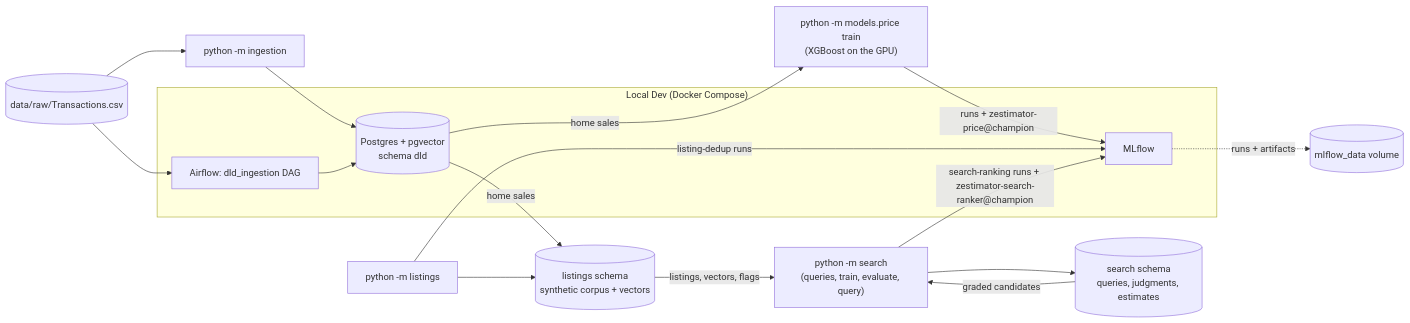
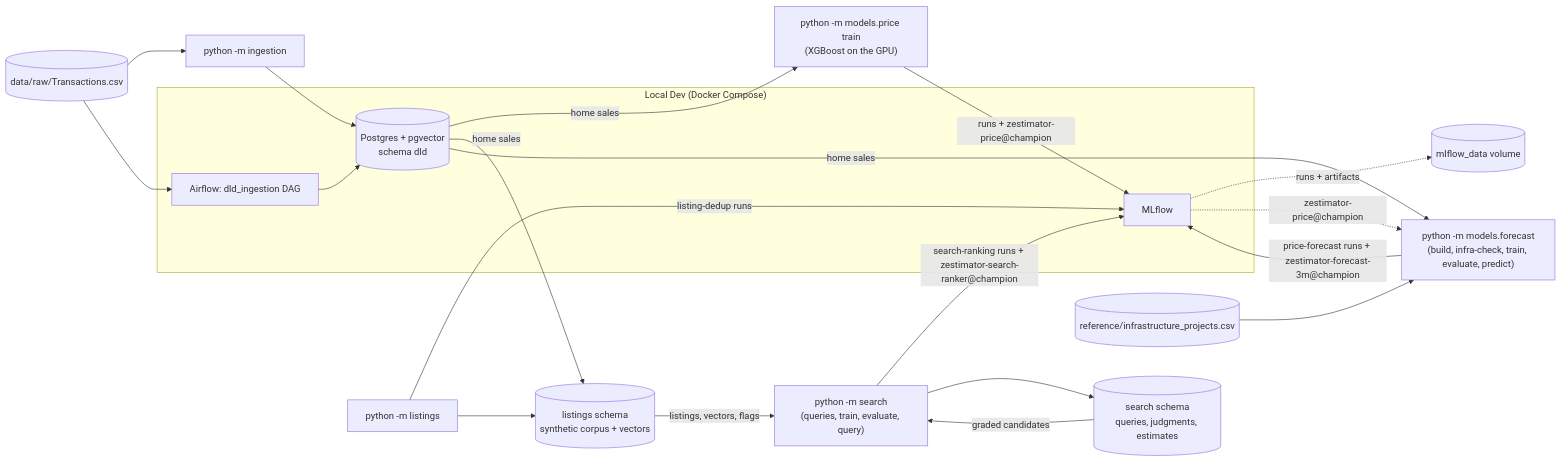
The diagram in README.md (chiragn28/Dubimator), drawn with Mermaid before and after one commit. The commit also changed other lines of this file and 1 other file, not shown here.

First line of the commit message:
docs(forecast): README price-forecasting section and spec amendments

````diff
--- a/README.md
+++ b/README.md
@@ -12,28 +14,34 @@
 ```mermaid
 graph LR
     CSV[("data/raw/Transactions.csv")]
     CLI["python -m ingestion"]
     subgraph "Local Dev (Docker Compose)"
         AF[Airflow: dld_ingestion DAG]
         PG[(Postgres + pgvector<br/>schema dld)]
         ML[MLflow]
     end
     MLRUNS[("mlflow_data volume")]
     CSV --> CLI --> PG
     CSV --> AF --> PG
     ML -.->|"runs + artifacts"| MLRUNS
     TRAIN["python -m models.price train<br/>(XGBoost on the GPU)"]
     PG -->|"home sales"| TRAIN
     TRAIN -->|"runs + zestimator-price@champion"| ML
     LCLI["python -m listings"]
     LISTINGS[("listings schema<br/>synthetic corpus + vectors")]
     PG -->|"home sales"| LISTINGS
     LCLI --> LISTINGS
     LCLI -->|"listing-dedup runs"| ML
     SCLI["python -m search<br/>(queries, train, evaluate, query)"]
     SEARCH[("search schema<br/>queries, judgments, estimates")]
     LISTINGS -->|"listings, vectors, flags"| SCLI
     SCLI --> SEARCH
     SEARCH -->|"graded candidates"| SCLI
     SCLI -->|"search-ranking runs + zestimator-search-ranker@champion"| ML
+    FCLI["python -m models.forecast<br/>(build, infra-check, train, evaluate, predict)"]
+    INFRA[("reference/infrastructure_projects.csv")]
+    PG -->|"home sales"| FCLI
+    INFRA --> FCLI
+    ML -.->|"zestimator-price@champion"| FCLI
+    FCLI -->|"price-forecast runs + zestimator-forecast-3m@champion"| ML
 ```
````
